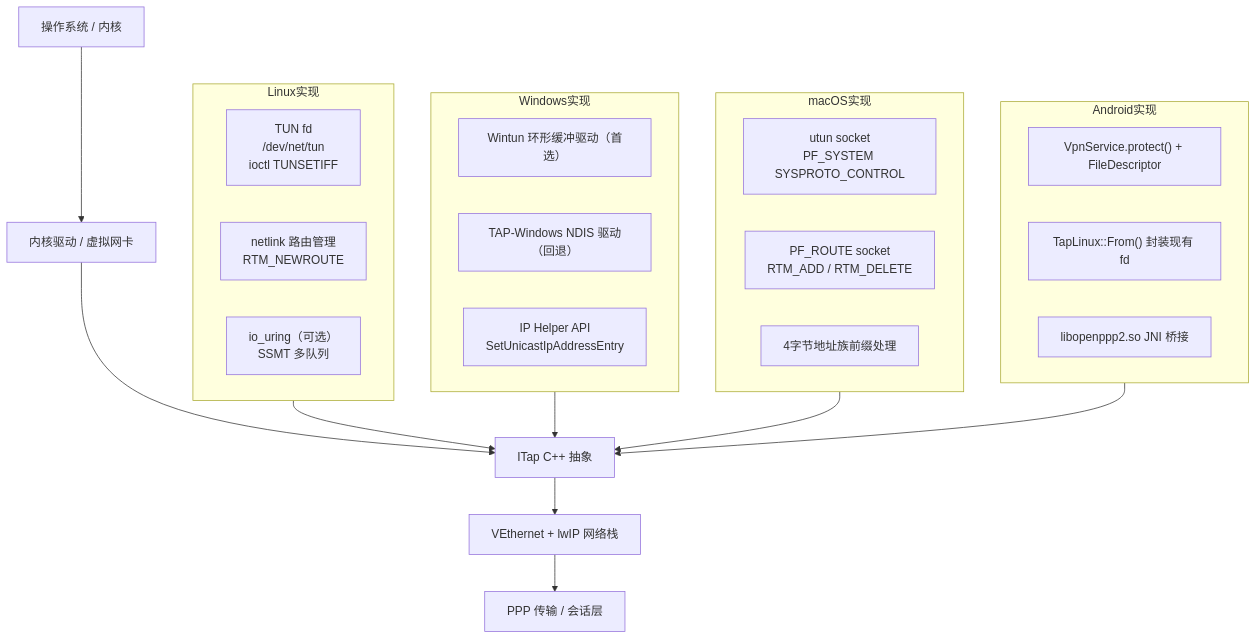
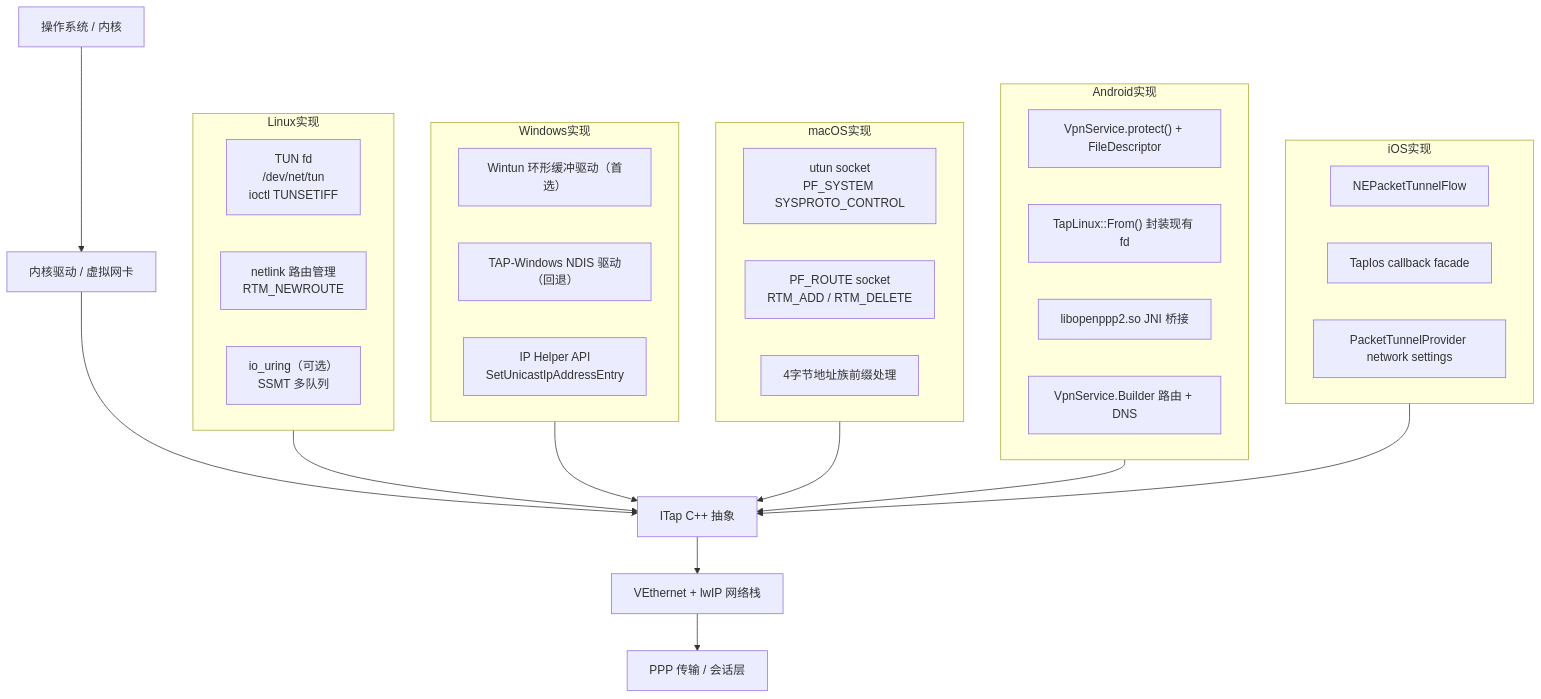
The tenth of 10 diagrams in docs/guides/PLATFORMS_CN.md (rebecca554owen/openppp2), drawn with Mermaid before and after one commit. The commit also changed other lines of this file and 34 other files, not shown here.

````diff
--- a/docs/guides/PLATFORMS_CN.md
+++ b/docs/guides/PLATFORMS_CN.md
@@ -513,42 +558,50 @@
 ```mermaid
 graph TD
     OS["操作系统 / 内核"]
     DRV["内核驱动 / 虚拟网卡"]
     ITAP["ITap C++ 抽象"]
     VETH["VEthernet + lwIP 网络栈"]
     PPP["PPP 传输 / 会话层"]
 
     OS --> DRV
     DRV --> ITAP
     ITAP --> VETH
     VETH --> PPP
 
     subgraph Linux实现
         L1["TUN fd\n/dev/net/tun\nioctl TUNSETIFF"]
         L2["netlink 路由管理\nRTM_NEWROUTE"]
         L3["io_uring（可选）\nSSMT 多队列"]
     end
 
     subgraph Windows实现
         W1["Wintun 环形缓冲驱动（首选）"]
         W2["TAP-Windows NDIS 驱动（回退）"]
         W3["IP Helper API\nSetUnicastIpAddressEntry"]
     end
 
     subgraph macOS实现
         M1["utun socket\nPF_SYSTEM SYSPROTO_CONTROL"]
         M2["PF_ROUTE socket\nRTM_ADD / RTM_DELETE"]
         M3["4字节地址族前缀处理"]
     end
 
     subgraph Android实现
         A1["VpnService.protect() + FileDescriptor"]
         A2["TapLinux::From() 封装现有 fd"]
         A3["libopenppp2.so JNI 桥接"]
+        A4["VpnService.Builder 路由 + DNS"]
+    end
+
+    subgraph iOS实现
+        I1["NEPacketTunnelFlow"]
+        I2["TapIos callback facade"]
+        I3["PacketTunnelProvider network settings"]
     end
 
     Linux实现 --> ITAP
     Windows实现 --> ITAP
     macOS实现 --> ITAP
     Android实现 --> ITAP
+    iOS实现 --> ITAP
 ```
````
